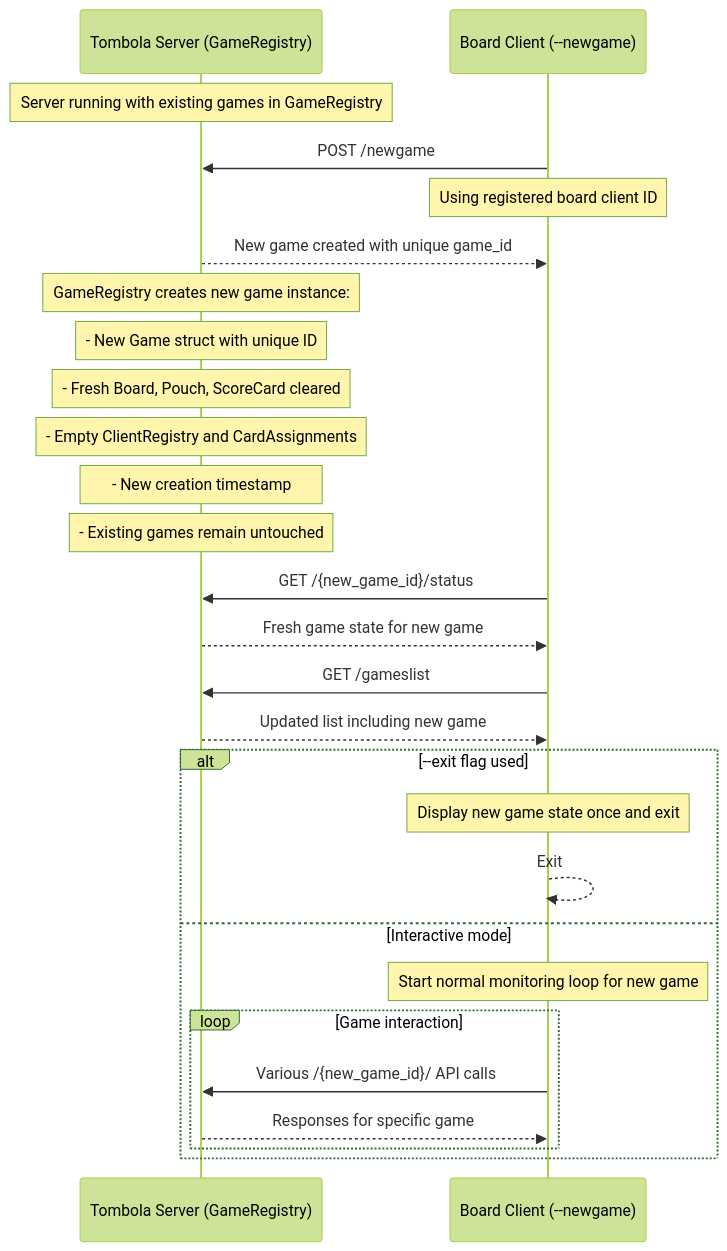
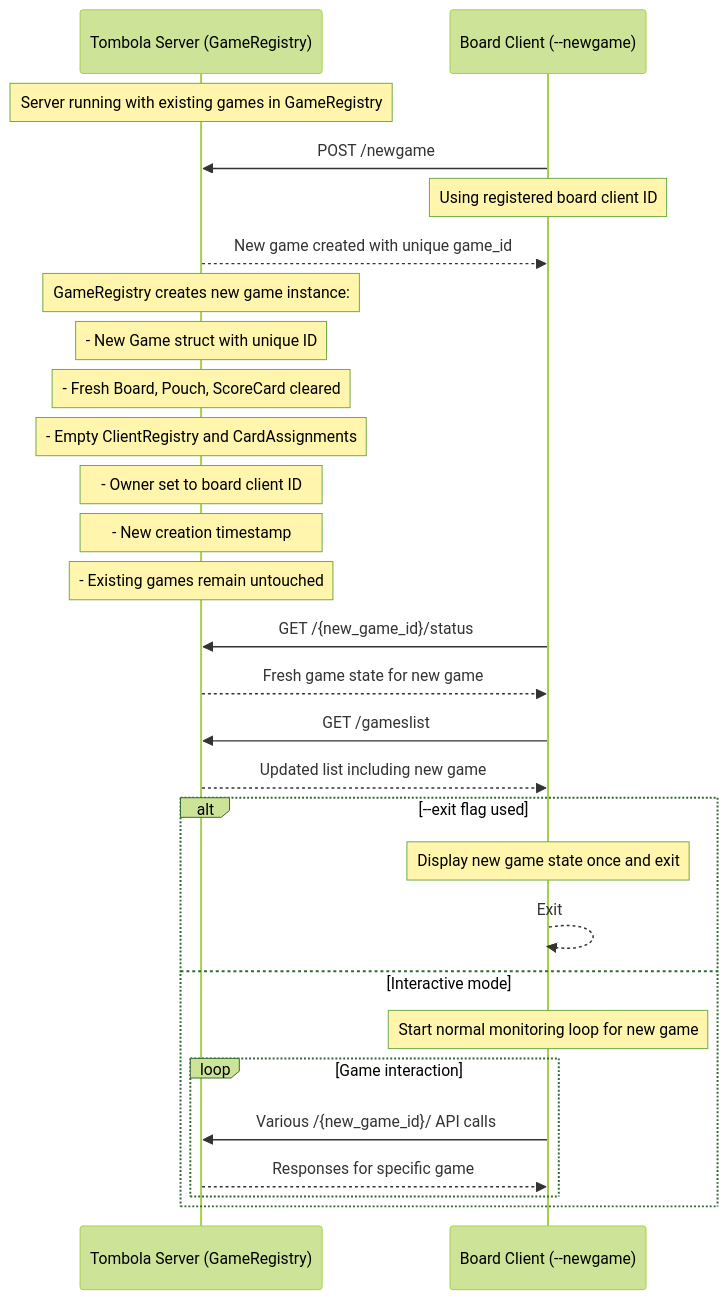
One commit to badbat75/tombola changed the eighth of 11 diagrams in docs/FLOWS.md. Above: the diagram before and after it, drawn with Mermaid (forest theme). The commit also changed other lines of this file and 6 other files, not shown here.

````diff
--- a/docs/FLOWS.md
+++ b/docs/FLOWS.md
@@ -250,35 +251,36 @@
 ```mermaid
 sequenceDiagram
     participant S as Tombola Server (GameRegistry)
     participant BC as Board Client (--newgame)
 
     Note over S: Server running with existing games in GameRegistry
 
     BC->>S: POST /newgame
     Note over BC: Using registered board client ID
     S-->>BC: New game created with unique game_id
 
     Note over S: GameRegistry creates new game instance:
     Note over S: - New Game struct with unique ID
     Note over S: - Fresh Board, Pouch, ScoreCard cleared
     Note over S: - Empty ClientRegistry and CardAssignments
+    Note over S: - Owner set to board client ID
     Note over S: - New creation timestamp
     Note over S: - Existing games remain untouched
 
     BC->>S: GET /{new_game_id}/status
     S-->>BC: Fresh game state for new game
 
     BC->>S: GET /gameslist
     S-->>BC: Updated list including new game
 
     alt --exit flag used
         Note over BC: Display new game state once and exit
         BC-->>BC: Exit
     else Interactive mode
         Note over BC: Start normal monitoring loop for new game
         loop Game interaction
             BC->>S: Various /{new_game_id}/ API calls
             S-->>BC: Responses for specific game
         end
     end
 ```
````
